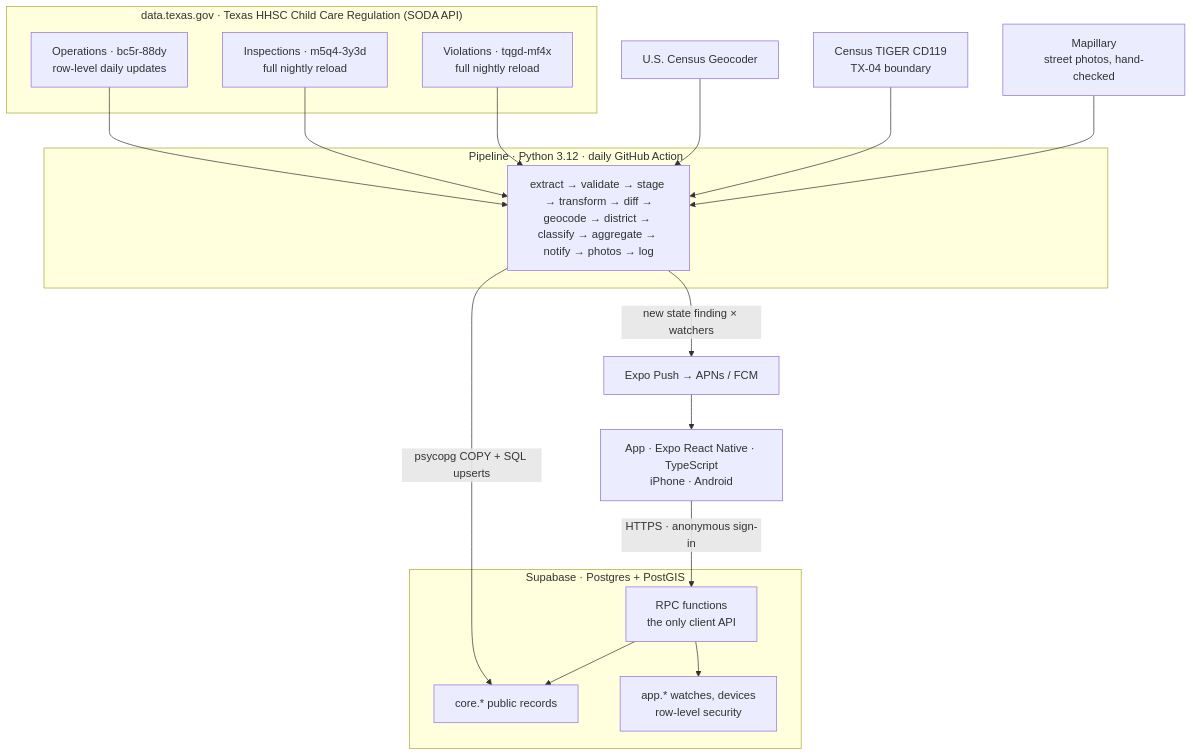
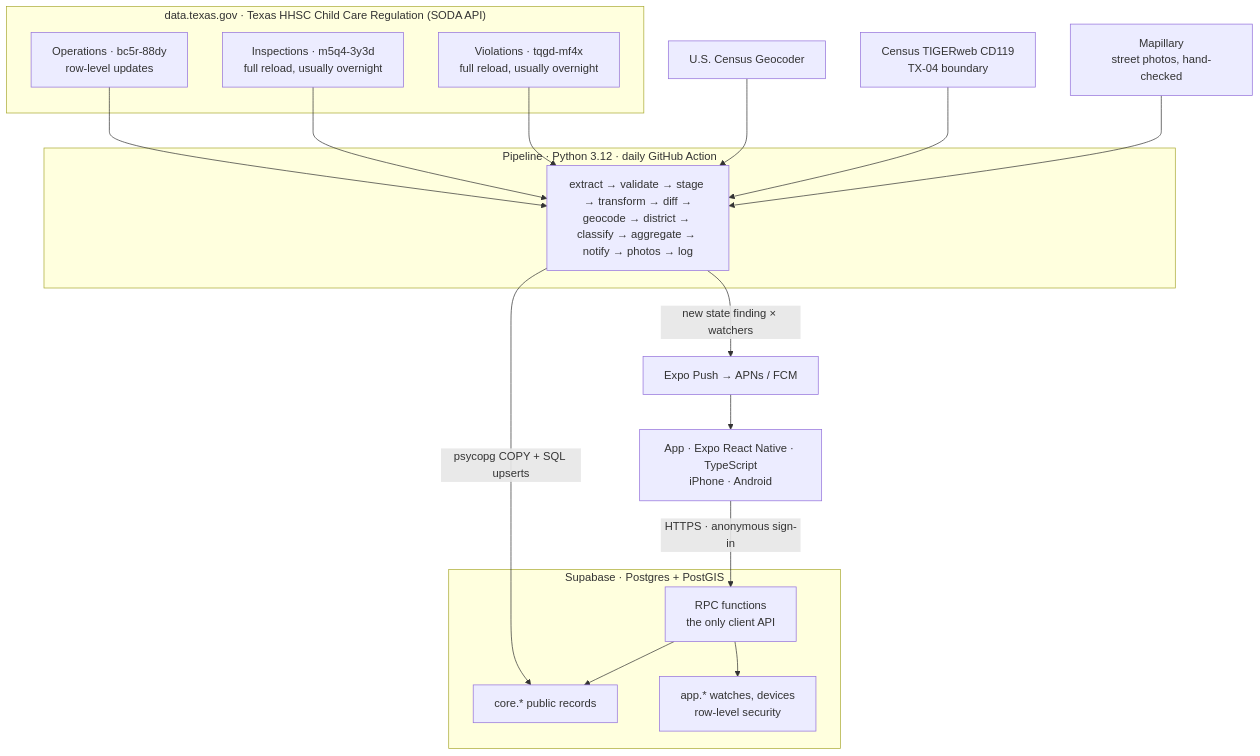
One commit to areebhirani-beep/daycare-watch changed the second of 4 diagrams in README.md. Above: the diagram before and after it, drawn with Mermaid. The commit also changed other lines of this file and 25 other files, not shown here.

````diff
--- a/README.md
+++ b/README.md
@@ -90,33 +90,33 @@
 ```mermaid
 flowchart TB
   subgraph TX["data.texas.gov · Texas HHSC Child Care Regulation (SODA API)"]
-    OPS["Operations · bc5r-88dy<br/>row-level daily updates"]
-    ACT["Inspections · m5q4-3y3d<br/>full nightly reload"]
-    VIO["Violations · tqgd-mf4x<br/>full nightly reload"]
+    OPS["Operations · bc5r-88dy<br/>row-level updates"]
+    ACT["Inspections · m5q4-3y3d<br/>full reload, usually overnight"]
+    VIO["Violations · tqgd-mf4x<br/>full reload, usually overnight"]
   end
   CEN["U.S. Census Geocoder"]
-  TIG["Census TIGER CD119<br/>TX-04 boundary"]
+  TIG["Census TIGERweb CD119<br/>TX-04 boundary"]
   MLY["Mapillary<br/>street photos, hand-checked"]
 
   subgraph PIPE["Pipeline · Python 3.12 · daily GitHub Action"]
     P["extract → validate → stage → transform → diff →<br/>geocode → district → classify → aggregate → notify → photos → log"]
   end
 
   subgraph DB["Supabase · Postgres + PostGIS"]
     CORE["core.* public records"]
     APP["app.* watches, devices<br/>row-level security"]
     RPC["RPC functions<br/>the only client API"]
   end
 
   PUSH["Expo Push → APNs / FCM"]
   MOB["App · Expo React Native · TypeScript<br/>iPhone · Android"]
 
   OPS & ACT & VIO --> P
   CEN & TIG & MLY --> P
   P -- "psycopg COPY + SQL upserts" --> CORE
   P -- "new state finding × watchers" --> PUSH
   PUSH --> MOB
   MOB -- "HTTPS · anonymous sign-in" --> RPC
   RPC --> CORE
   RPC --> APP
 ```
````
